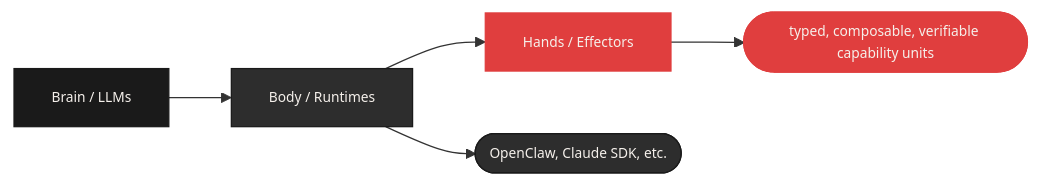
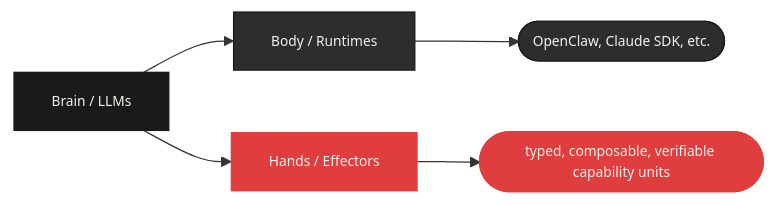
Before and after one commit to OpenClawHQ/.github: the diagram in profile/README.md, drawn with Mermaid.

Commit message:
docs: make Body and Hands parallel branches from Brain in diagram
Made-with: Cursor

````diff
--- a/profile/README.md
+++ b/profile/README.md
@@ -20,12 +20,12 @@
 ```mermaid
 graph LR
   classDef brain fill:#1A1A1A,color:#F5F0EB,stroke:#1A1A1A,font-size:11px;
   classDef body fill:#2D2D2D,color:#F5F0EB,stroke:#1A1A1A,font-size:11px;
   classDef hands fill:#E03E3E,color:#F5F0EB,stroke:#E03E3E,font-size:11px;
 
   Brain["Brain / LLMs"]:::brain --> Body["Body / Runtimes"]:::body
-  Body --> Hands["Hands / Effectors"]:::hands
+  Brain --> Hands["Hands / Effectors"]:::hands
 
   Body --> BodyCaps([OpenClaw, Claude SDK, etc.]):::body
   Hands --> HandsCaps([typed, composable, verifiable capability units]):::hands
 ```
````
